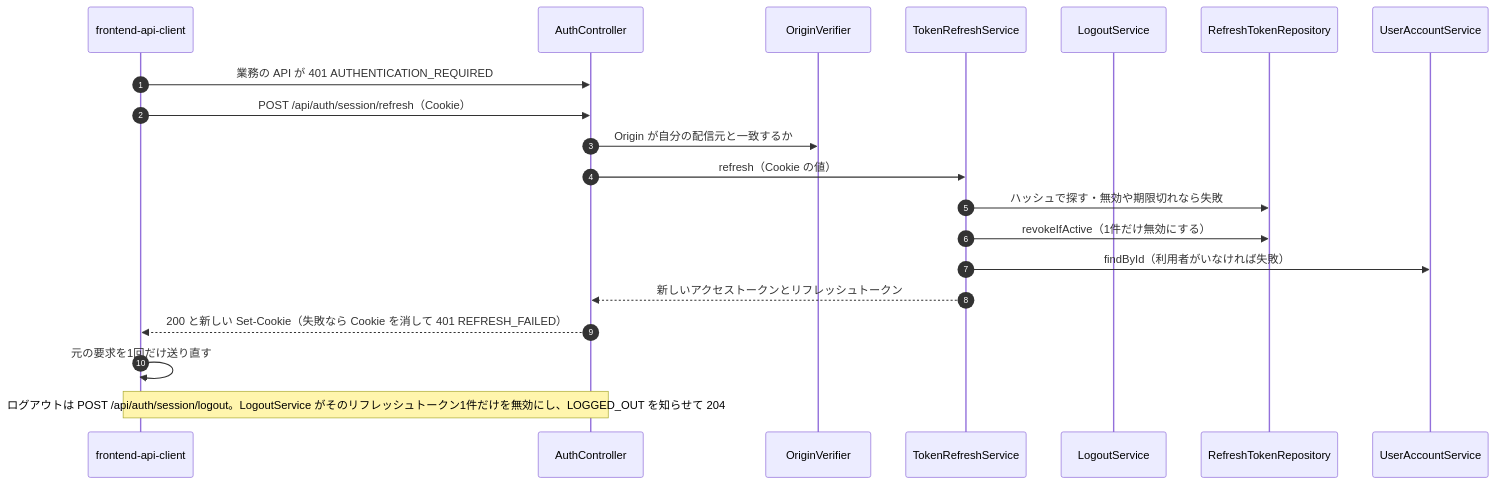
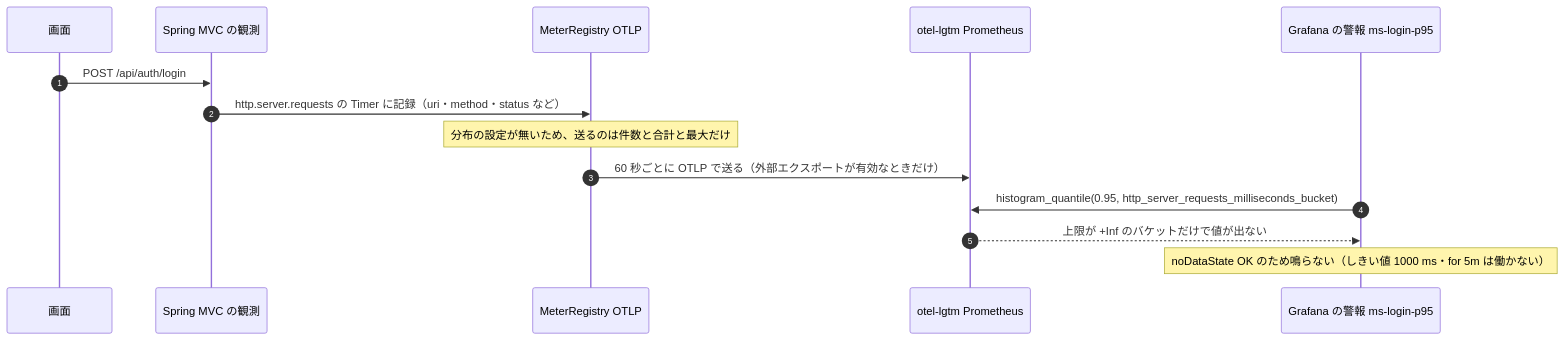
The second of 5 diagrams in aidlc/spaces/default/codekb/mastersmith2/architecture.md (agwlvssainokuni/mastersmith2), drawn with Mermaid before and after one commit. The commit also changed other lines of this file and 16 other files, not shown here.

````diff
--- a/aidlc/spaces/default/codekb/mastersmith2/architecture.md
+++ b/aidlc/spaces/default/codekb/mastersmith2/architecture.md
@@ -159,23 +99,17 @@
 ```mermaid
 sequenceDiagram
   autonumber
-  participant C as frontend-api-client
-  participant AC as AuthController
-  participant OV as OriginVerifier
-  participant TR as TokenRefreshService
-  participant LO as LogoutService
-  participant RT as RefreshTokenRepository
-  participant UA as UserAccountService
+  participant C as 画面
+  participant MVC as Spring MVC の観測
+  participant REG as MeterRegistry OTLP
+  participant L as otel-lgtm Prometheus
+  participant G as Grafana の警報 ms-login-p95
 
-  C->>AC: 業務の API が 401 AUTHENTICATION_REQUIRED
-  C->>AC: POST /api/auth/session/refresh（Cookie）
-  AC->>OV: Origin が自分の配信元と一致するか
-  AC->>TR: refresh（Cookie の値）
-  TR->>RT: ハッシュで探す・無効や期限切れなら失敗
-  TR->>RT: revokeIfActive（1件だけ無効にする）
-  TR->>UA: findById（利用者がいなければ失敗）
-  TR-->>AC: 新しいアクセストークンとリフレッシュトークン
-  AC-->>C: 200 と新しい Set-Cookie（失敗なら Cookie を消して 401 REFRESH_FAILED）
-  C->>C: 元の要求を1回だけ送り直す
-  Note over C,AC: ログアウトは POST /api/auth/session/logout。LogoutService がそのリフレッシュトークン1件だけを無効にし、LOGGED_OUT を知らせて 204
+  C->>MVC: POST /api/auth/login
+  MVC->>REG: http.server.requests の Timer に記録（uri・method・status など）
+  Note over REG: 分布の設定が無いため、送るのは件数と合計と最大だけ
+  REG->>L: 60 秒ごとに OTLP で送る（外部エクスポートが有効なときだけ）
+  G->>L: histogram_quantile(0.95, http_server_requests_milliseconds_bucket)
+  L-->>G: 上限が +Inf のバケットだけで値が出ない
+  Note over G: noDataState OK のため鳴らない（しきい値 1000 ms・for 5m は働かない）
 ```
````
